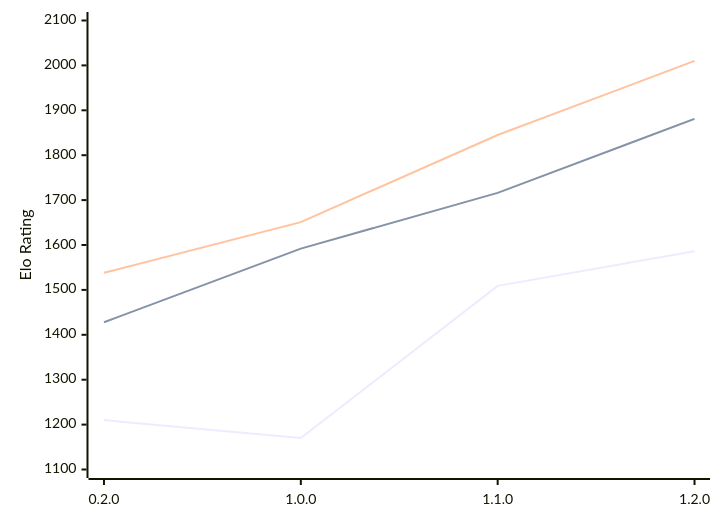
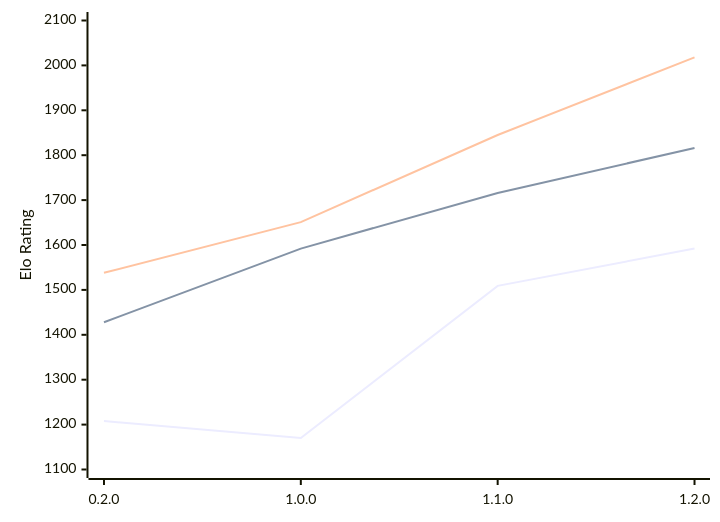
One commit to computer-chess-index/cci changed the diagram in engines/Zeppelin.md. Above: the diagram before and after it, drawn with Mermaid. The commit also changed other lines of this file, not shown here.

Commit message:
Update CCI Ratings (ELO VLTC) - 2026-02-11

````diff
--- a/engines/Zeppelin.md
+++ b/engines/Zeppelin.md
@@ -33,9 +33,9 @@
 ```mermaid
 %%{init: {"theme":"base","themeVariables":{"seriesColors:['#a3a3a3','#222221','#faa371']}}}%%
 xychart-beta
   x-axis ["0.2.0", "1.0.0", "1.1.0", "1.2.0"]
   y-axis "Elo Rating" 1100 --> 2100
-  line "STC (8.0+0.08s)" [1210, 1170, 1509, 1586]
-  line "LTC (60.0+0.60s)" [1428, 1592, 1716, 1881]
-  line "VLTC (2m24s+1.12s)" [1538, 1651, 1845, 2010]
+  line "STC (8.0+0.08s)" [1208, 1170, 1509, 1592]
+  line "LTC (60.0+0.60s)" [1428, 1592, 1716, 1816]
+  line "VLTC (2m24s+1.12s)" [1538, 1651, 1845, 2018]
 ```
````
